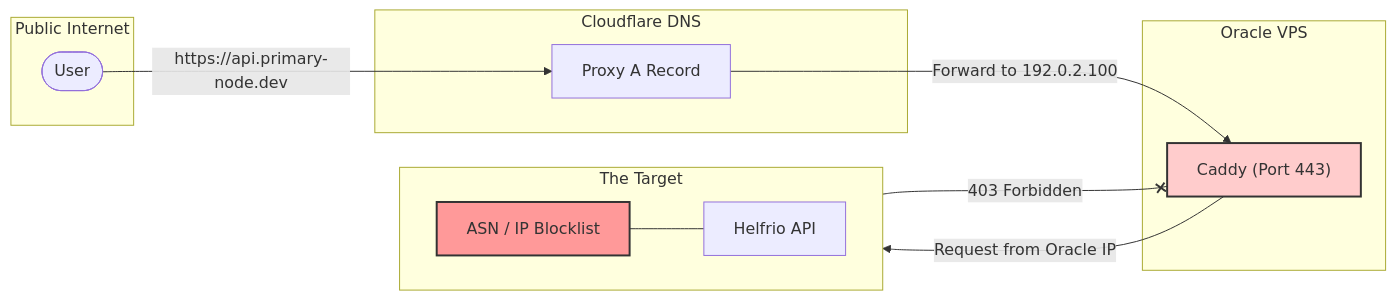
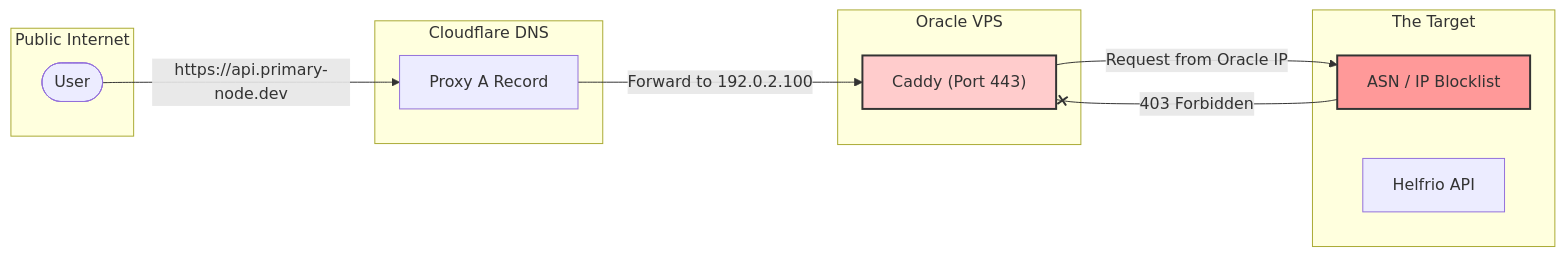
The second of 6 diagrams in README.md (Microck/ja3-bypass-gateway), drawn with Mermaid before and after one commit. The commit also changed other lines of this file, not shown here.

Commit message:
Fix formatting and improve diagram clarity in README

````diff
--- a/README.md
+++ b/README.md
@@ -58,33 +58,29 @@
 ```mermaid
 graph LR
     subgraph "Public Internet"
         Client([User])
     end
 
     subgraph "Cloudflare DNS"
-        CF[Proxy A Record]
+        CF["Proxy A Record"]
     end
 
     subgraph "Oracle VPS"
         Caddy["Caddy (Port 443)"]
     end
 
     subgraph "The Target"
-        direction LR
         Firewall["ASN / IP Blocklist"]
         Upstream["Helfrio API"]
-        
-        %% The Firewall guards the API
-        Firewall --- Upstream
     end
 
     Client -- "https://api.primary-node.dev" --> CF
     CF -- "Forward to 192.0.2.100" --> Caddy
     
-    %% Caddy hits the Firewall, not the API directly
+    %% The Failure Flow
     Caddy -- "Request from Oracle IP" --> Firewall
     Firewall -- "403 Forbidden" --x Caddy
     
     style Firewall fill:#ff9999,stroke:#333,stroke-width:2px
     style Caddy fill:#ffcccc,stroke:#333,stroke-width:2px
 ```
````
